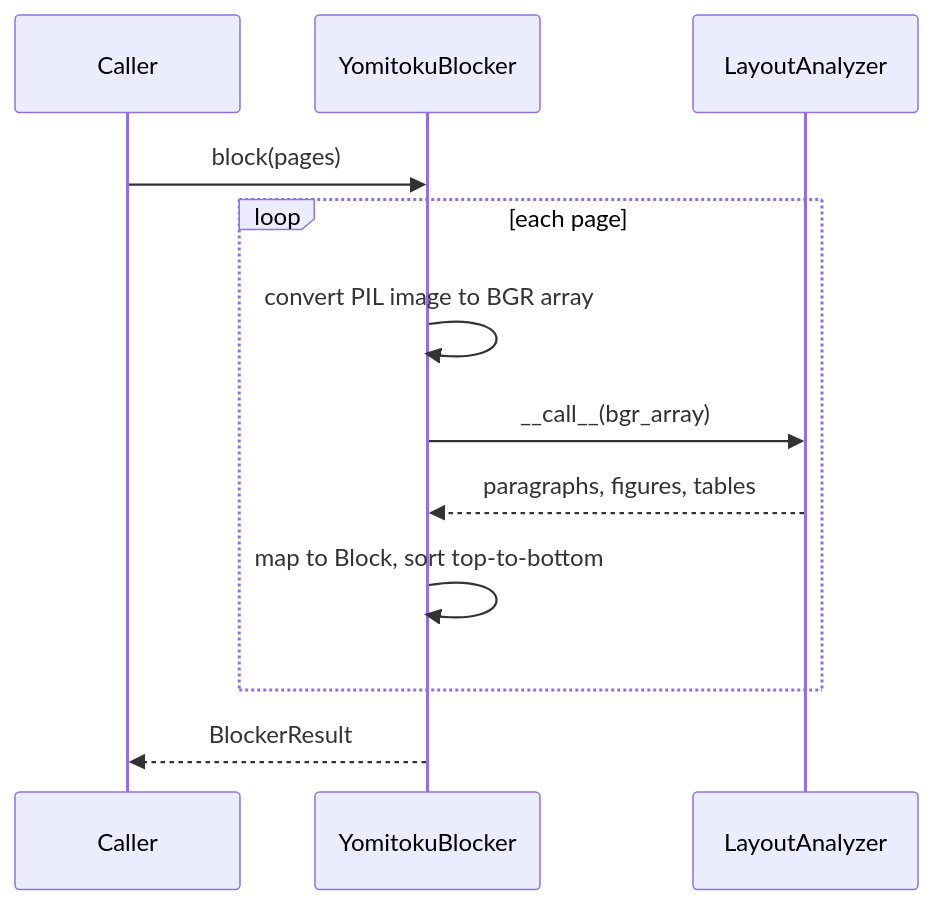
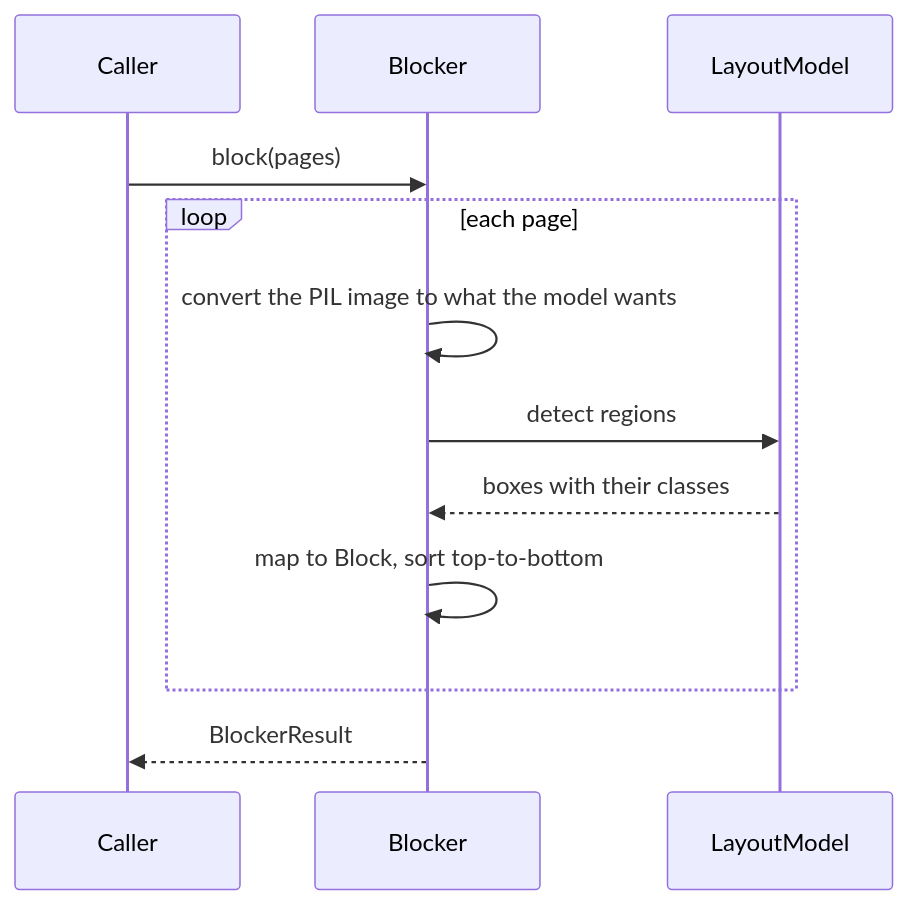
Before and after one commit to konbraphat51/SuperSuat: the second of 2 diagrams in Uploader/OcrModule/Blocked/Docs/Blocker.md, drawn with Mermaid. The commit also changed other lines of this file and 1 other file, not shown here.

Commit message:
docs: describe the DocLayout-YOLO and PP-StructureV3 blockers

````diff
--- a/Uploader/OcrModule/Blocked/Docs/Blocker.md
+++ b/Uploader/OcrModule/Blocked/Docs/Blocker.md
@@ -44,14 +56,14 @@
 ```mermaid
 sequenceDiagram
     participant Caller
-    participant YomitokuBlocker
-    participant LayoutAnalyzer
-    Caller->>YomitokuBlocker: block(pages)
+    participant Blocker
+    participant LayoutModel
+    Caller->>Blocker: block(pages)
     loop each page
-        YomitokuBlocker->>YomitokuBlocker: convert PIL image to BGR array
-        YomitokuBlocker->>LayoutAnalyzer: __call__(bgr_array)
-        LayoutAnalyzer-->>YomitokuBlocker: paragraphs, figures, tables
-        YomitokuBlocker->>YomitokuBlocker: map to Block, sort top-to-bottom
+        Blocker->>Blocker: convert the PIL image to what the model wants
+        Blocker->>LayoutModel: detect regions
+        LayoutModel-->>Blocker: boxes with their classes
+        Blocker->>Blocker: map to Block, sort top-to-bottom
     end
-    YomitokuBlocker-->>Caller: BlockerResult
+    Blocker-->>Caller: BlockerResult
 ```
````
